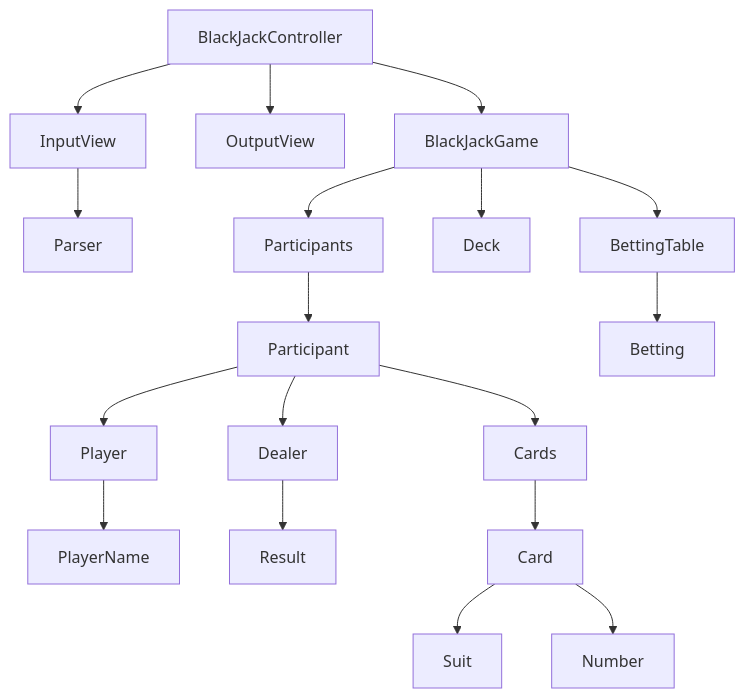
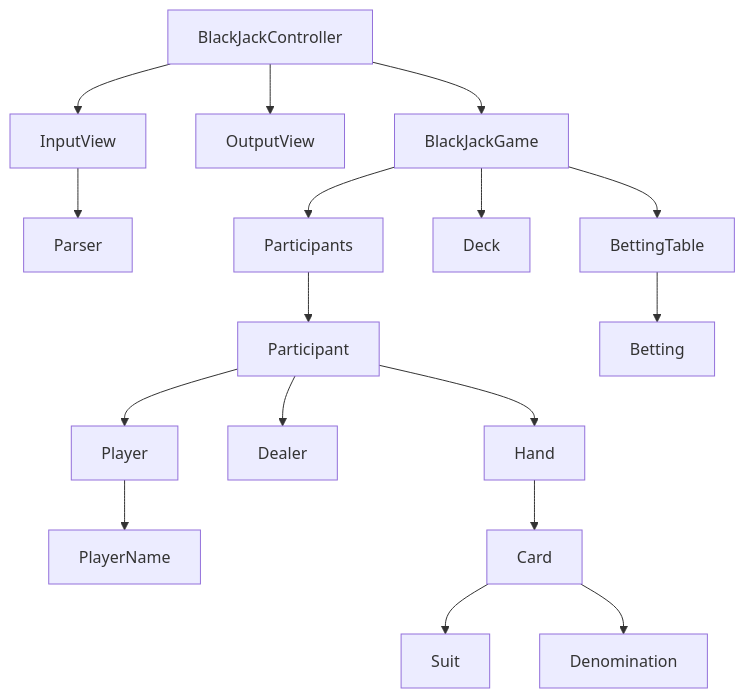
One commit to woowacourse/java-blackjack changed the diagram in README.md. Above: the diagram before and after it, drawn with Mermaid. The commit also changed other lines of this file, not shown here.

Commit message:
docs: 명세서 수정

````diff
--- a/README.md
+++ b/README.md
@@ -50,20 +50,19 @@
 ```mermaid
 graph TD
     BlackJackController --> InputView
     BlackJackController --> OutputView
     BlackJackController --> BlackJackGame
     InputView --> Parser
     BlackJackGame --> Participants
     BlackJackGame --> Deck
     BlackJackGame --> BettingTable
     Participants --> Participant
     BettingTable --> Betting
     Participant --> Player
     Participant --> Dealer
-    Participant --> Cards
+    Participant --> Hand
     Player --> PlayerName
-    Dealer --> Result
-    Cards --> Card
+    Hand --> Card
     Card --> Suit
-    Card --> Number
+    Card --> Denomination
 ```
````
